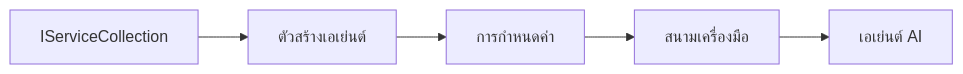
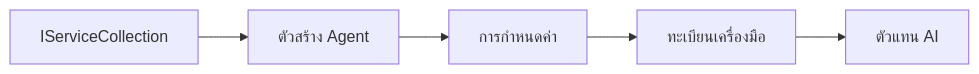
Before and after one commit to venturemavenwill/azureaifundamentals: the diagram in translations/th/03-agentic-design-patterns/code_samples/03-dotnet-agent-framework.md, drawn with Mermaid. The commit also changed other lines of this file and 2002 other files, not shown here.

````diff
--- a/translations/th/03-agentic-design-patterns/code_samples/03-dotnet-agent-framework.md
+++ b/translations/th/03-agentic-design-patterns/code_samples/03-dotnet-agent-framework.md
@@ -41,7 +41,7 @@
 ```mermaid
 graph LR
-    A[IServiceCollection] --> B[ตัวสร้างเอเย่นต์]
+    A[IServiceCollection] --> B[ตัวสร้าง Agent]
     B --> C[การกำหนดค่า]
-    C --> D[สนามเครื่องมือ]
-    D --> E[เอเย่นต์ AI]
+    C --> D[ทะเบียนเครื่องมือ]
+    D --> E[ตัวแทน AI]
 ```
````
